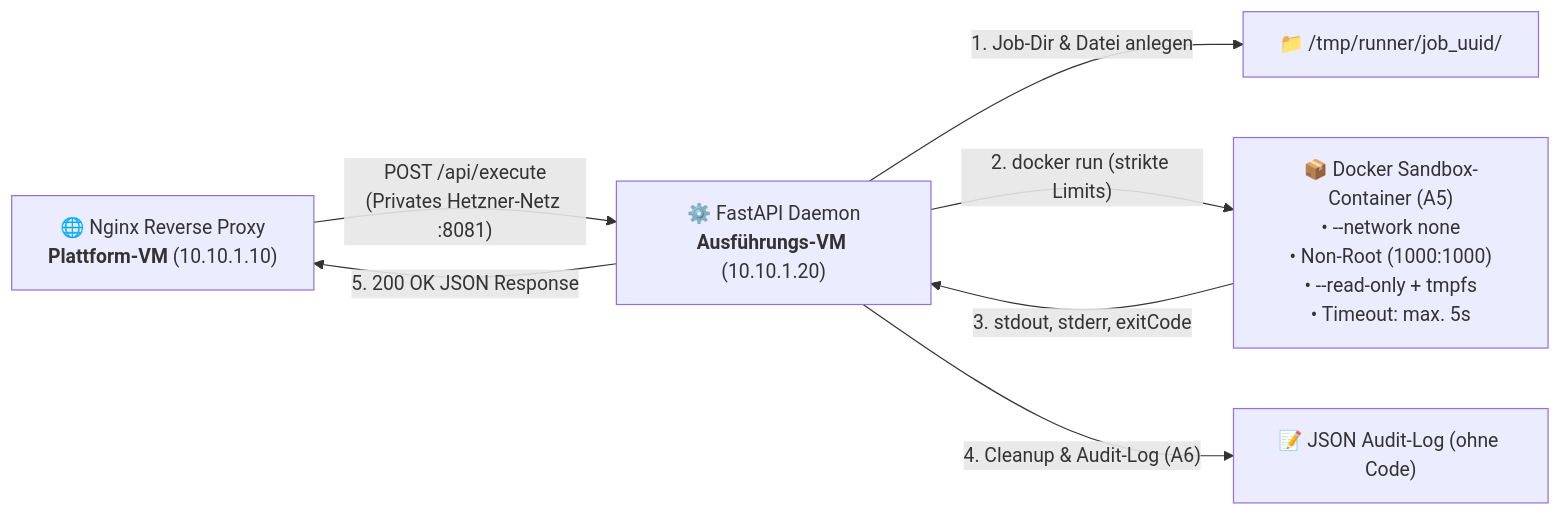
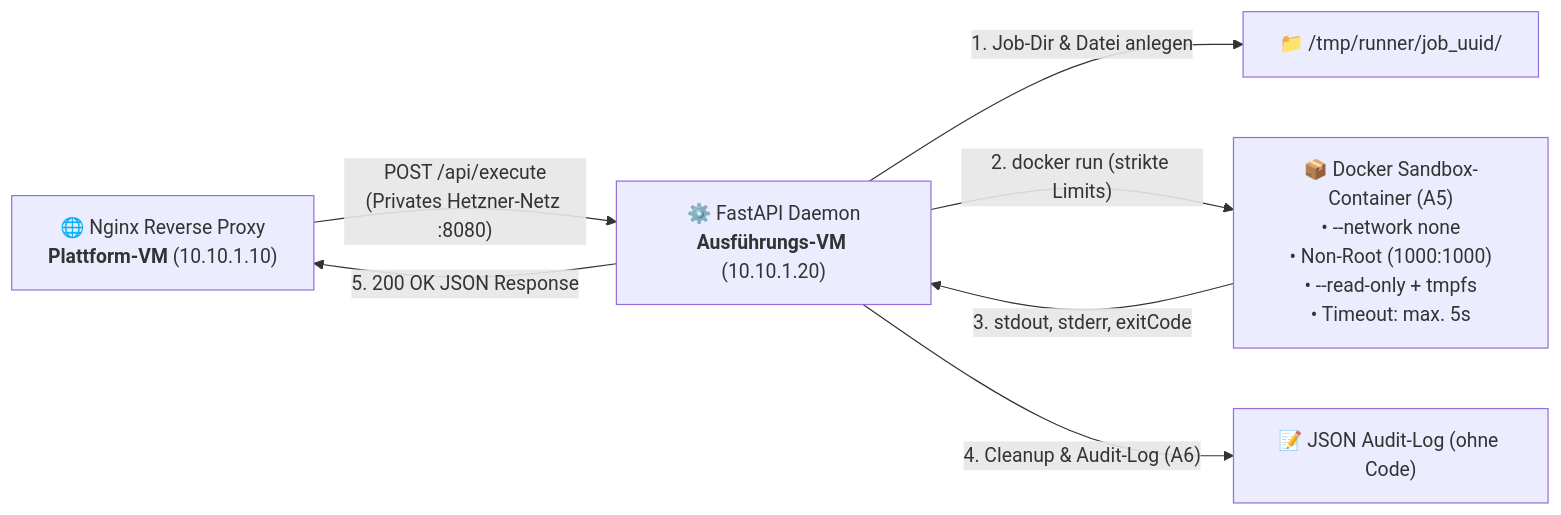
Before and after one commit to LadiciusDev/praxisarbeit-code-execution: the diagram in README.md, drawn with Mermaid. The commit also changed other lines of this file and 3 other files, not shown here.

````diff
--- a/README.md
+++ b/README.md
@@ -43,11 +43,11 @@
 ```mermaid
 flowchart LR
     Proxy["🌐 Nginx Reverse Proxy<br/><b>Plattform-VM</b> (10.10.1.10)"]
-    -->|"POST /api/execute<br/>(Privates Hetzner-Netz :8081)"| Daemon["⚙️ FastAPI Daemon<br/><b>Ausführungs-VM</b> (10.10.1.20)"]
+    -->|"POST /api/execute<br/>(Privates Hetzner-Netz :8080)"| Daemon["⚙️ FastAPI Daemon<br/><b>Ausführungs-VM</b> (10.10.1.20)"]
 
     Daemon -->|"1. Job-Dir & Datei anlegen"| FS["📁 /tmp/runner/job_uuid/"]
     Daemon -->|"2. docker run (strikte Limits)"| Sandbox["📦 Docker Sandbox-Container (A5)<br/>• --network none<br/>• Non-Root (1000:1000)<br/>• --read-only + tmpfs<br/>• Timeout: max. 5s"]
     Sandbox -->|"3. stdout, stderr, exitCode"| Daemon
     Daemon -->|"4. Cleanup & Audit-Log (A6)"| Audit["📝 JSON Audit-Log (ohne Code)"]
     Daemon -->|"5. 200 OK JSON Response"| Proxy
 ```
````
